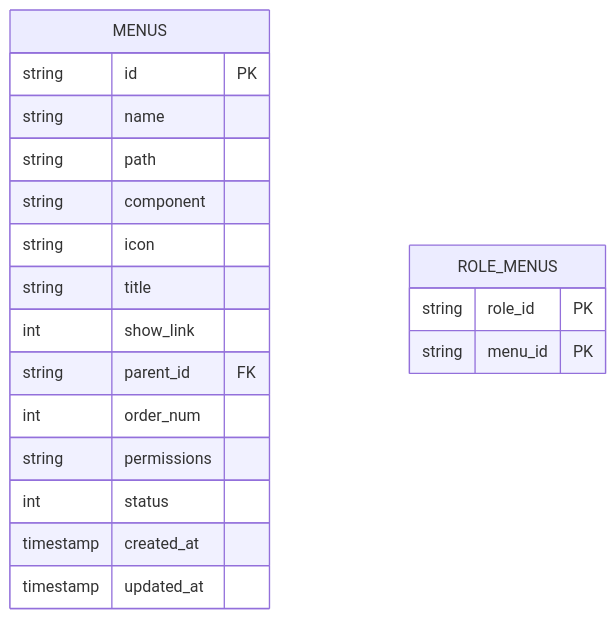
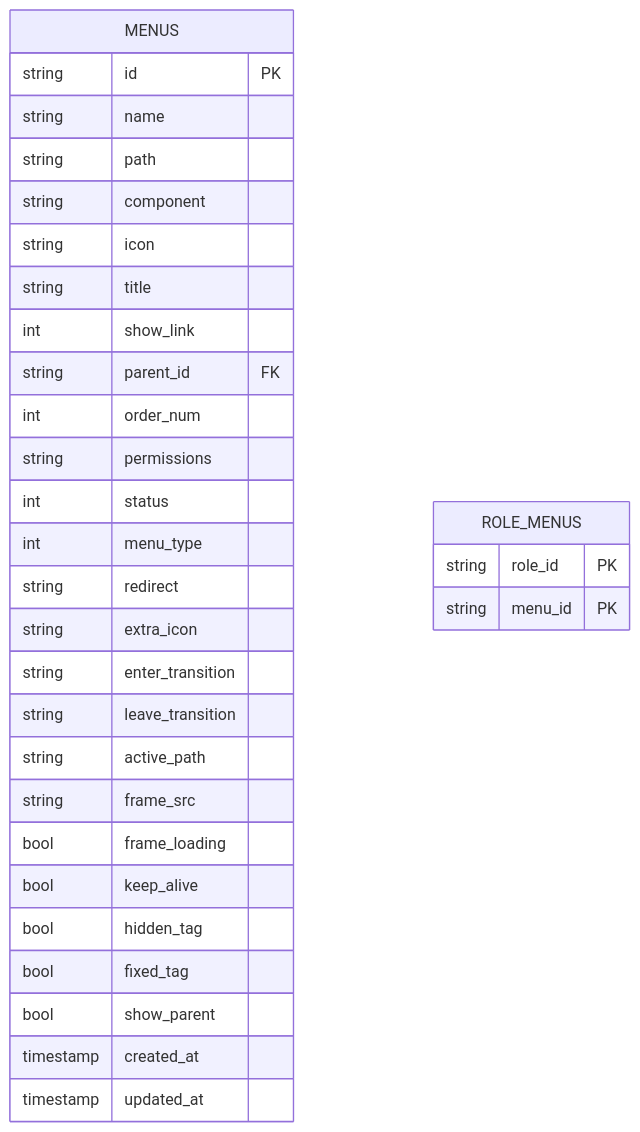
Before and after one commit to taoweidong/Hello-FastApi: the third of 6 diagrams in .qoder/repowiki/zh/content/API 接口文档/菜单管理接口.md, drawn with Mermaid. The commit also changed other lines of this file and 11 other files, not shown here.

````diff
--- a/.qoder/repowiki/zh/content/API 接口文档/菜单管理接口.md
+++ b/.qoder/repowiki/zh/content/API 接口文档/菜单管理接口.md
@@ -197,22 +179,34 @@
 ```mermaid
 erDiagram
 MENUS {
 string id PK
 string name
 string path
 string component
 string icon
 string title
 int show_link
 string parent_id FK
 int order_num
 string permissions
 int status
+int menu_type
+string redirect
+string extra_icon
+string enter_transition
+string leave_transition
+string active_path
+string frame_src
+bool frame_loading
+bool keep_alive
+bool hidden_tag
+bool fixed_tag
+bool show_parent
 timestamp created_at
 timestamp updated_at
 }
 ROLE_MENUS {
 string role_id PK
 string menu_id PK
 }
 ```
````
